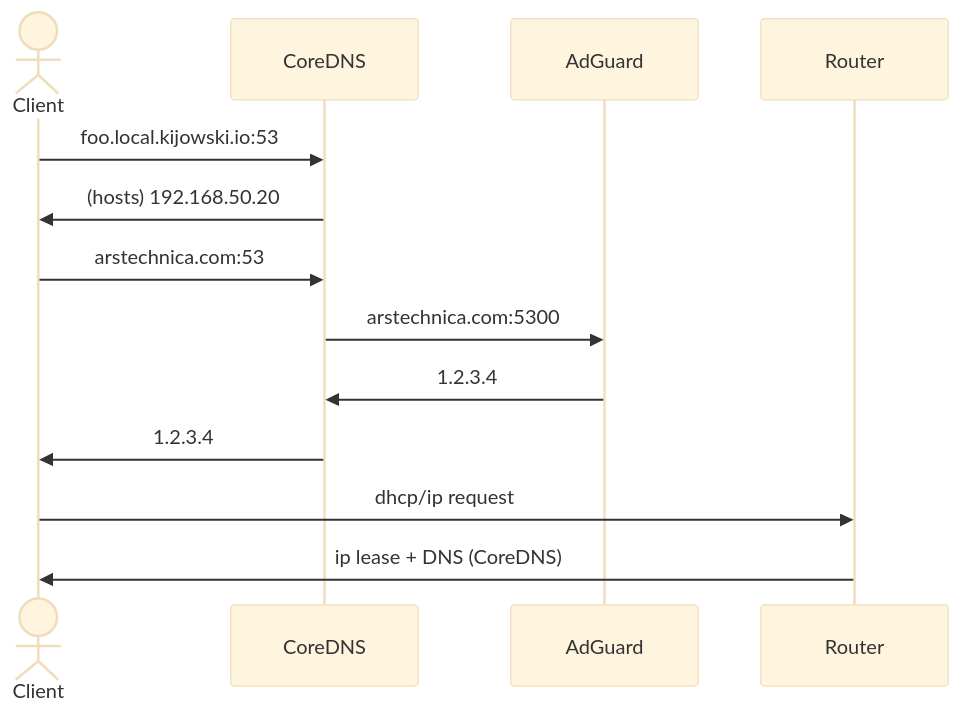
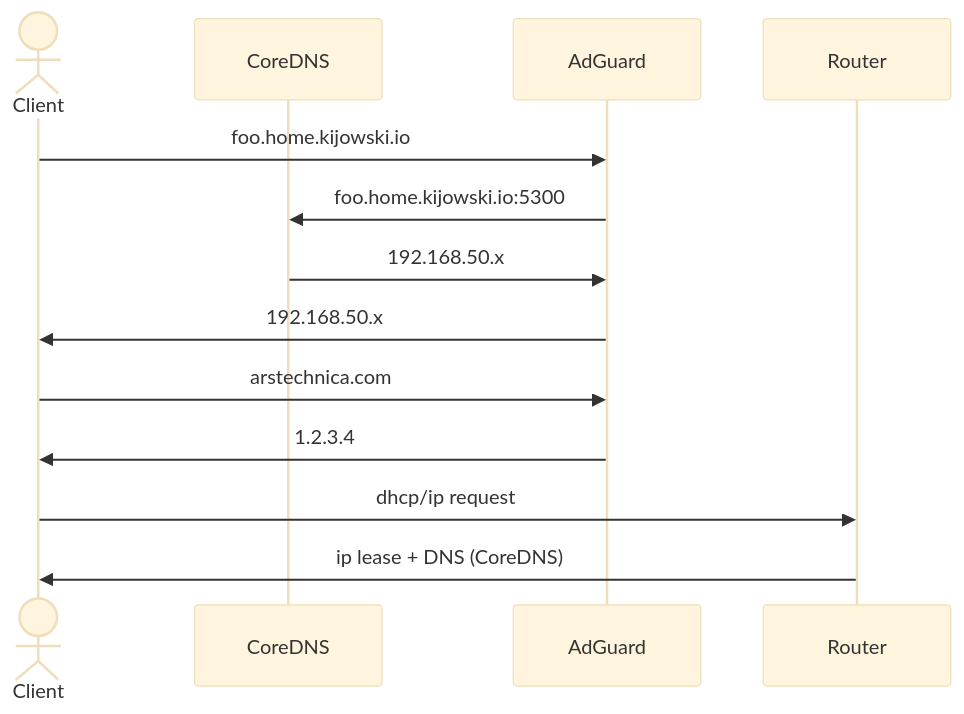
Before and after one commit to akijowski/home-server: the diagram in ansible/homedns/sequence.md, drawn with Mermaid (base theme). The commit also changed 5 other files, not shown here.

````diff
--- a/ansible/homedns/sequence.md
+++ b/ansible/homedns/sequence.md
@@ -1,18 +1,18 @@
 ```mermaid
 sequenceDiagram
     actor u as Client
     participant cd as CoreDNS
     participant ag as AdGuard
     participant r as Router
 
-    u->>cd: foo.local.kijowski.io:53
-    cd->>u: (hosts) 192.168.50.20
+    u->>ag: foo.home.kijowski.io
+    ag->>cd: foo.home.kijowski.io:5300
+    cd->>ag: 192.168.50.x
+    ag->>u: 192.168.50.x
 
-    u->>cd: arstechnica.com:53
-    cd->>ag: arstechnica.com:5300
-    ag->>cd: 1.2.3.4
-    cd->>u: 1.2.3.4
+    u->>ag: arstechnica.com
+    ag->>u: 1.2.3.4
 
     u->>r: dhcp/ip request
     r->>u: ip lease + DNS (CoreDNS)
 ```
````
